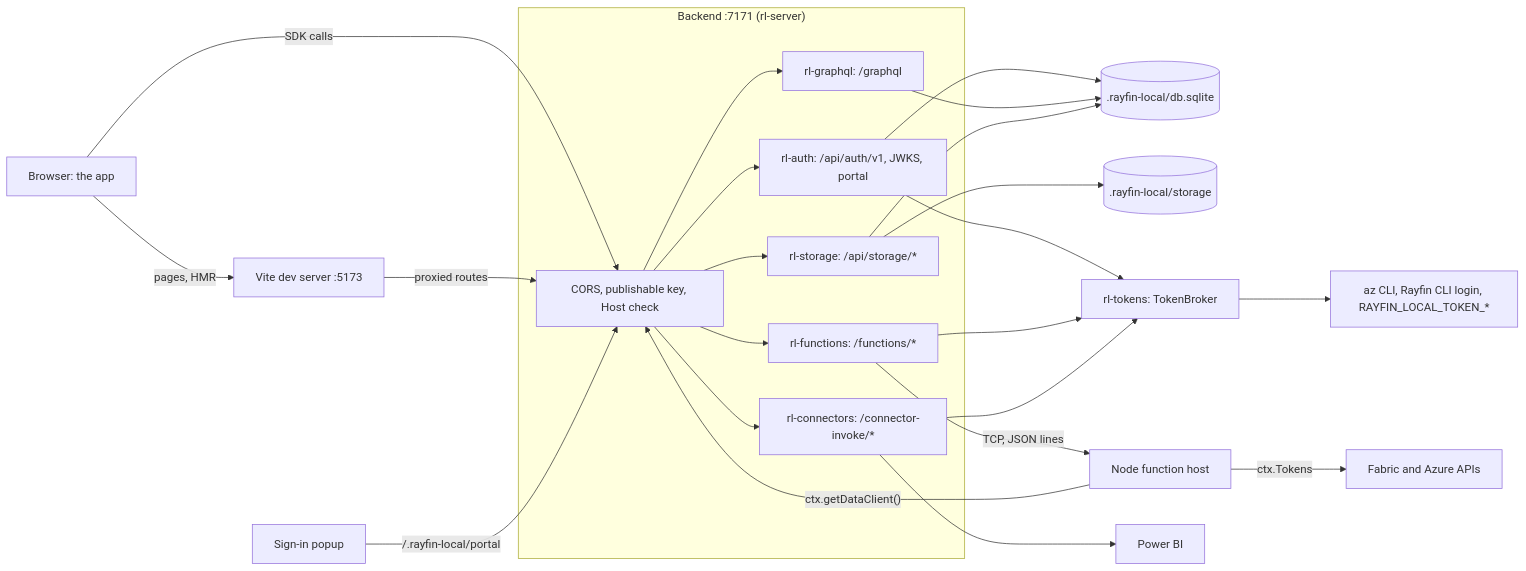
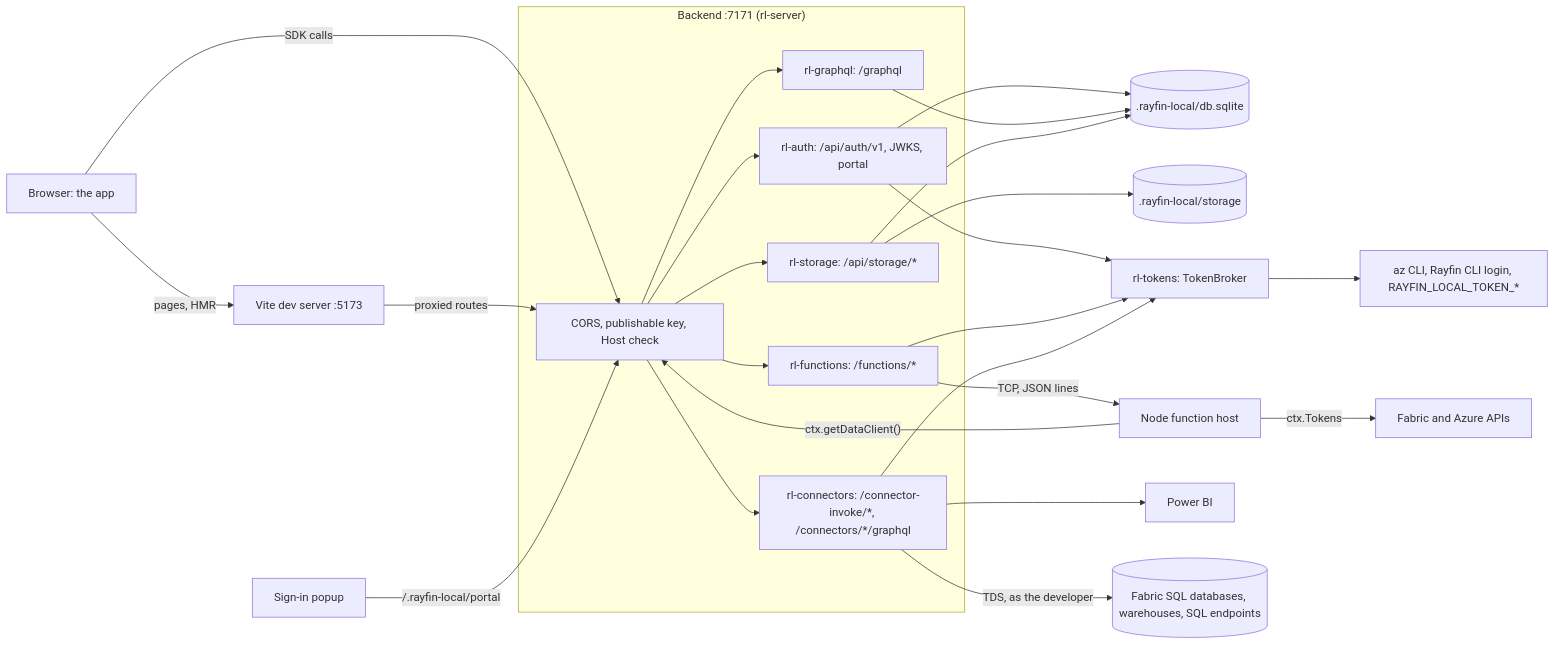
Before and after one commit to spatney/rayfin-local: the first of 3 diagrams in docs/architecture.md, drawn with Mermaid. The commit also changed other lines of this file and 60 other files, not shown here.

First line of the commit message:
Connectors: serve SQL connectors against the real Fabric items

````diff
--- a/docs/architecture.md
+++ b/docs/architecture.md
@@ -61,35 +61,37 @@
 ```mermaid
 flowchart LR
   browser["Browser: the app"]
   popup["Sign-in popup"]
   vite["Vite dev server :5173"]
   subgraph backend["Backend :7171 (rl-server)"]
     guards["CORS, publishable key, Host check"]
     auth["rl-auth: /api/auth/v1, JWKS, portal"]
     data["rl-graphql: /graphql"]
     fns["rl-functions: /functions/*"]
-    conn["rl-connectors: /connector-invoke/*"]
+    conn["rl-connectors: /connector-invoke/*, /connectors/*/graphql"]
     store["rl-storage: /api/storage/*"]
   end
   db[(".rayfin-local/db.sqlite")]
   files[(".rayfin-local/storage")]
   host["Node function host"]
   broker["rl-tokens: TokenBroker"]
   creds["az CLI, Rayfin CLI login, RAYFIN_LOCAL_TOKEN_*"]
   pbi["Power BI"]
+  fsql[("Fabric SQL databases, warehouses, SQL endpoints")]
   azure["Fabric and Azure APIs"]
 
   browser -- "pages, HMR" --> vite
   browser -- "SDK calls" --> guards
   vite -- "proxied routes" --> guards
   popup -- "/.rayfin-local/portal" --> guards
   guards --> auth & data & fns & conn & store
   auth & data & store --> db
   store --> files
   fns -- "TCP, JSON lines" --> host
   host -- "ctx.getDataClient()" --> guards
   host -- "ctx.Tokens" --> azure
   conn --> pbi
+  conn -- "TDS, as the developer" --> fsql
   auth & fns & conn --> broker
   broker --> creds
 ```
````
